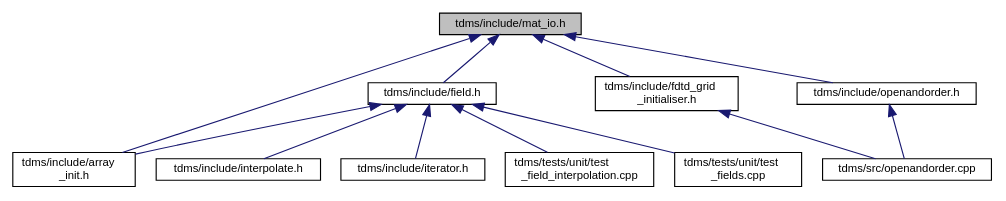
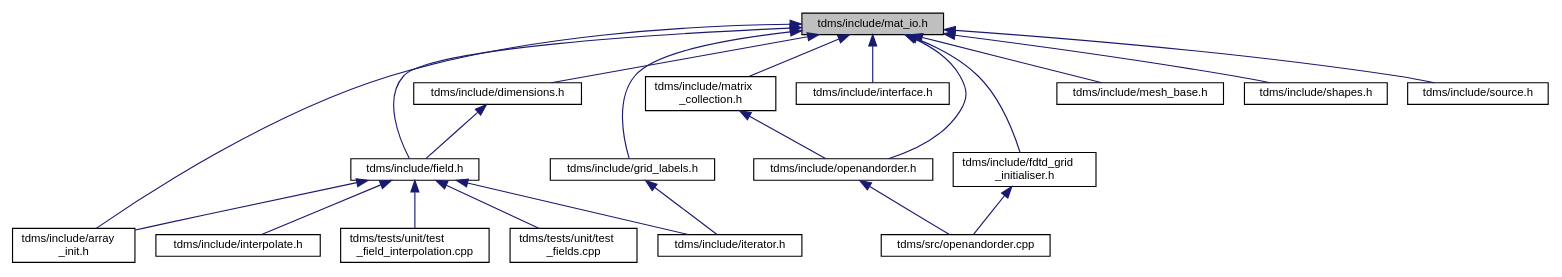
One commit to UCL/TDMS changed the diagram in mat__io_8h__dep__incl.dot. Above: the diagram before and after it, drawn with Graphviz. The commit also changed 145 other files, not shown here.

```diff
--- a/mat__io_8h__dep__incl.dot
+++ b/mat__io_8h__dep__incl.dot
@@ -1,27 +1,44 @@
 digraph "tdms/include/mat_io.h"
 {
  // LATEX_PDF_SIZE
   edge [fontname="Helvetica",fontsize="10",labelfontname="Helvetica",labelfontsize="10"];
   node [fontname="Helvetica",fontsize="10",shape=record];
   Node1 [label="tdms/include/mat_io.h",height=0.2,width=0.4,color="black", fillcolor="grey75", style="filled", fontcolor="black",tooltip="Includes MATLAB headers for I/O."];
   Node1 -> Node2 [dir="back",color="midnightblue",fontsize="10",style="solid",fontname="Helvetica"];
-  Node2 [label="tdms/include/field.h",height=0.2,width=0.4,color="black", fillcolor="white", style="filled",URL="$field_8h.html",tooltip="Classes for the electric and magnetic (split) fields on a grid."];
+  Node2 [label="tdms/include/dimensions.h",height=0.2,width=0.4,color="black", fillcolor="white", style="filled",URL="$dimensions_8h.html",tooltip=" "];
   Node2 -> Node3 [dir="back",color="midnightblue",fontsize="10",style="solid",fontname="Helvetica"];
-  Node3 [label="tdms/include/array\l_init.h",height=0.2,width=0.4,color="black", fillcolor="white", style="filled",URL="$array__init_8h.html",tooltip="A collection of functions for array initialisation given MATLAB pointers."];
-  Node2 -> Node4 [dir="back",color="midnightblue",fontsize="10",style="solid",fontname="Helvetica"];
-  Node4 [label="tdms/include/interpolate.h",height=0.2,width=0.4,color="black", fillcolor="white", style="filled",URL="$interpolate_8h.html",tooltip="Interpolation of field values within FDTD grid."];
-  Node2 -> Node5 [dir="back",color="midnightblue",fontsize="10",style="solid",fontname="Helvetica"];
-  Node5 [label="tdms/include/iterator.h",height=0.2,width=0.4,color="black", fillcolor="white", style="filled",URL="$iterator_8h.html",tooltip="The main time propogation algorithm."];
-  Node2 -> Node6 [dir="back",color="midnightblue",fontsize="10",style="solid",fontname="Helvetica"];
-  Node6 [label="tdms/tests/unit/test\l_field_interpolation.cpp",height=0.2,width=0.4,color="black", fillcolor="white", style="filled",URL="$test__field__interpolation_8cpp.html",tooltip="Tests interpolation of E- and H-fields and compares the errors against MATLAB benchmarks."];
-  Node2 -> Node7 [dir="back",color="midnightblue",fontsize="10",style="solid",fontname="Helvetica"];
-  Node7 [label="tdms/tests/unit/test\l_fields.cpp",height=0.2,width=0.4,color="black", fillcolor="white", style="filled",URL="$test__fields_8cpp.html",tooltip="Test of the Field class and subclasses."];
+  Node3 [label="tdms/include/field.h",height=0.2,width=0.4,color="black", fillcolor="white", style="filled",URL="$field_8h.html",tooltip="Classes for the electric and magnetic (split) fields on a grid."];
+  Node3 -> Node4 [dir="back",color="midnightblue",fontsize="10",style="solid",fontname="Helvetica"];
+  Node4 [label="tdms/include/array\l_init.h",height=0.2,width=0.4,color="black", fillcolor="white", style="filled",URL="$array__init_8h.html",tooltip="A collection of functions for array initialisation given MATLAB pointers."];
+  Node3 -> Node5 [dir="back",color="midnightblue",fontsize="10",style="solid",fontname="Helvetica"];
+  Node5 [label="tdms/include/interpolate.h",height=0.2,width=0.4,color="black", fillcolor="white", style="filled",URL="$interpolate_8h.html",tooltip="Interpolation of field values within FDTD grid."];
+  Node3 -> Node6 [dir="back",color="midnightblue",fontsize="10",style="solid",fontname="Helvetica"];
+  Node6 [label="tdms/include/iterator.h",height=0.2,width=0.4,color="black", fillcolor="white", style="filled",URL="$iterator_8h.html",tooltip="The main time propogation algorithm."];
+  Node3 -> Node7 [dir="back",color="midnightblue",fontsize="10",style="solid",fontname="Helvetica"];
+  Node7 [label="tdms/tests/unit/test\l_field_interpolation.cpp",height=0.2,width=0.4,color="black", fillcolor="white", style="filled",URL="$test__field__interpolation_8cpp.html",tooltip="Tests interpolation of E- and H-fields and compares the errors against MATLAB benchmarks."];
+  Node3 -> Node8 [dir="back",color="midnightblue",fontsize="10",style="solid",fontname="Helvetica"];
+  Node8 [label="tdms/tests/unit/test\l_fields.cpp",height=0.2,width=0.4,color="black", fillcolor="white", style="filled",URL="$test__fields_8cpp.html",tooltip="Test of the Field class and subclasses."];
   Node1 -> Node3 [dir="back",color="midnightblue",fontsize="10",style="solid",fontname="Helvetica"];
-  Node1 -> Node8 [dir="back",color="midnightblue",fontsize="10",style="solid",fontname="Helvetica"];
-  Node8 [label="tdms/include/fdtd_grid\l_initialiser.h",height=0.2,width=0.4,color="black", fillcolor="white", style="filled",URL="$fdtd__grid__initialiser_8h.html",tooltip="Initialisation of the FDTD grid."];
-  Node8 -> Node9 [dir="back",color="midnightblue",fontsize="10",style="solid",fontname="Helvetica"];
-  Node9 [label="tdms/src/openandorder.cpp",height=0.2,width=0.4,color="black", fillcolor="white", style="filled",URL="$openandorder_8cpp.html",tooltip="Launch and file IO."];
-  Node1 -> Node10 [dir="back",color="midnightblue",fontsize="10",style="solid",fontname="Helvetica"];
-  Node10 [label="tdms/include/openandorder.h",height=0.2,width=0.4,color="black", fillcolor="white", style="filled",URL="$openandorder_8h.html",tooltip="Launch TDMS and file IO."];
-  Node10 -> Node9 [dir="back",color="midnightblue",fontsize="10",style="solid",fontname="Helvetica"];
+  Node1 -> Node4 [dir="back",color="midnightblue",fontsize="10",style="solid",fontname="Helvetica"];
+  Node1 -> Node9 [dir="back",color="midnightblue",fontsize="10",style="solid",fontname="Helvetica"];
+  Node9 [label="tdms/include/fdtd_grid\l_initialiser.h",height=0.2,width=0.4,color="black", fillcolor="white", style="filled",URL="$fdtd__grid__initialiser_8h.html",tooltip="Initialisation of the FDTD grid."];
+  Node9 -> Node10 [dir="back",color="midnightblue",fontsize="10",style="solid",fontname="Helvetica"];
+  Node10 [label="tdms/src/openandorder.cpp",height=0.2,width=0.4,color="black", fillcolor="white", style="filled",URL="$openandorder_8cpp.html",tooltip="Launch and file IO."];
+  Node1 -> Node11 [dir="back",color="midnightblue",fontsize="10",style="solid",fontname="Helvetica"];
+  Node11 [label="tdms/include/grid_labels.h",height=0.2,width=0.4,color="black", fillcolor="white", style="filled",URL="$grid__labels_8h.html",tooltip="Class to hold the labels of a Yee cell."];
+  Node11 -> Node6 [dir="back",color="midnightblue",fontsize="10",style="solid",fontname="Helvetica"];
+  Node1 -> Node12 [dir="back",color="midnightblue",fontsize="10",style="solid",fontname="Helvetica"];
+  Node12 [label="tdms/include/interface.h",height=0.2,width=0.4,color="black", fillcolor="white", style="filled",URL="$interface_8h.html",tooltip=" "];
+  Node1 -> Node13 [dir="back",color="midnightblue",fontsize="10",style="solid",fontname="Helvetica"];
+  Node13 [label="tdms/include/matrix\l_collection.h",height=0.2,width=0.4,color="black", fillcolor="white", style="filled",URL="$matrix__collection_8h.html",tooltip="A collection of named MATLAB matrices."];
+  Node13 -> Node14 [dir="back",color="midnightblue",fontsize="10",style="solid",fontname="Helvetica"];
+  Node14 [label="tdms/include/openandorder.h",height=0.2,width=0.4,color="black", fillcolor="white", style="filled",URL="$openandorder_8h.html",tooltip="Launch TDMS and file IO."];
+  Node14 -> Node10 [dir="back",color="midnightblue",fontsize="10",style="solid",fontname="Helvetica"];
+  Node1 -> Node15 [dir="back",color="midnightblue",fontsize="10",style="solid",fontname="Helvetica"];
+  Node15 [label="tdms/include/mesh_base.h",height=0.2,width=0.4,color="black", fillcolor="white", style="filled",URL="$mesh__base_8h.html",tooltip="Generation of orientated mesh."];
+  Node1 -> Node14 [dir="back",color="midnightblue",fontsize="10",style="solid",fontname="Helvetica"];
+  Node1 -> Node16 [dir="back",color="midnightblue",fontsize="10",style="solid",fontname="Helvetica"];
+  Node16 [label="tdms/include/shapes.h",height=0.2,width=0.4,color="black", fillcolor="white", style="filled",URL="$shapes_8h_source.html",tooltip=" "];
+  Node1 -> Node17 [dir="back",color="midnightblue",fontsize="10",style="solid",fontname="Helvetica"];
+  Node17 [label="tdms/include/source.h",height=0.2,width=0.4,color="black", fillcolor="white", style="filled",URL="$source_8h.html",tooltip=" "];
 }
```
